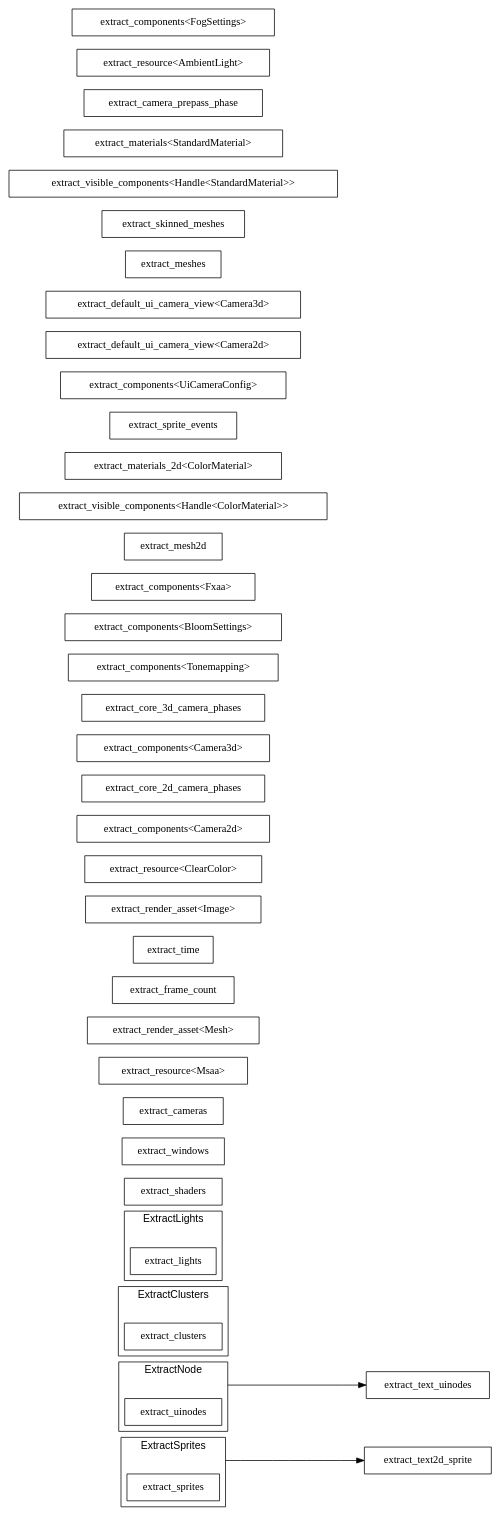
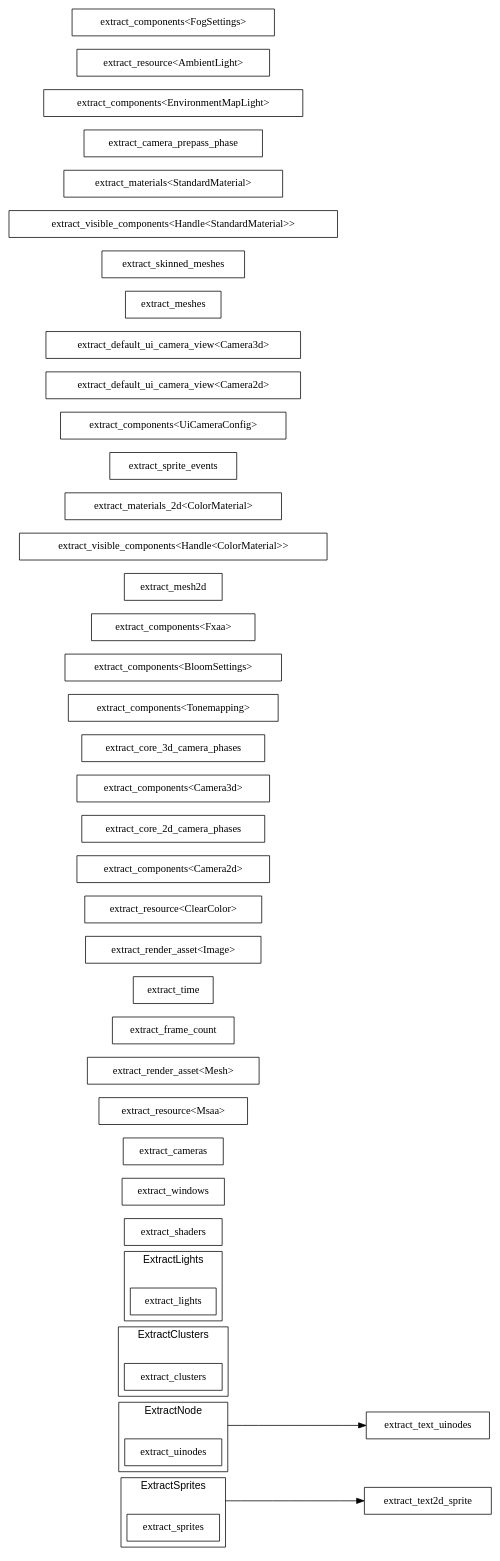
Before and after one commit to jakobhellermann/bevy_mod_debugdump: the diagram in docs/light/render_schedule_ExtractSchedule.dot, drawn with Graphviz. The commit also changed 59 other files, not shown here.

```diff
--- a/docs/light/render_schedule_ExtractSchedule.dot
+++ b/docs/light/render_schedule_ExtractSchedule.dot
@@ -1,71 +1,72 @@
 digraph "schedule" {
 	"compound"="true";
 	"splines"="spline";
 	"rankdir"="LR";
 	"bgcolor"="white";
 	"fontname"="Helvetica";
 	node ["shape"="box", "style"="filled", "fillcolor"="white", "color"="black"];
 	edge ["color"="black"];
 	subgraph "clusternode_Set(20)" {
 		"label"="ExtractSprites";
 		"bgcolor"="white";
 		"set_marker_node_Set(20)" ["style"="invis", "label"="", "height"="0", "shape"="point"]
 		"node_System(19)" ["label"="extract_sprites"]
 	}
 	
 	subgraph "clusternode_Set(27)" {
 		"label"="ExtractNode";
 		"bgcolor"="white";
 		"set_marker_node_Set(27)" ["style"="invis", "label"="", "height"="0", "shape"="point"]
 		"node_System(25)" ["label"="extract_uinodes"]
 	}
 	
-	subgraph "clusternode_Set(37)" {
+	subgraph "clusternode_Set(38)" {
 		"label"="ExtractClusters";
 		"bgcolor"="white";
-		"set_marker_node_Set(37)" ["style"="invis", "label"="", "height"="0", "shape"="point"]
-		"node_System(34)" ["label"="extract_clusters"]
+		"set_marker_node_Set(38)" ["style"="invis", "label"="", "height"="0", "shape"="point"]
+		"node_System(35)" ["label"="extract_clusters"]
 	}
 	
-	subgraph "clusternode_Set(39)" {
+	subgraph "clusternode_Set(40)" {
 		"label"="ExtractLights";
 		"bgcolor"="white";
-		"set_marker_node_Set(39)" ["style"="invis", "label"="", "height"="0", "shape"="point"]
-		"node_System(35)" ["label"="extract_lights"]
+		"set_marker_node_Set(40)" ["style"="invis", "label"="", "height"="0", "shape"="point"]
+		"node_System(36)" ["label"="extract_lights"]
 	}
 	
 	"node_System(0)" ["label"="extract_shaders"]
 	"node_System(1)" ["label"="extract_windows"]
 	"node_System(2)" ["label"="extract_cameras"]
 	"node_System(3)" ["label"="extract_resource<Msaa>"]
 	"node_System(4)" ["label"="extract_render_asset<Mesh>"]
 	"node_System(5)" ["label"="extract_frame_count"]
 	"node_System(6)" ["label"="extract_time"]
 	"node_System(7)" ["label"="extract_render_asset<Image>"]
 	"node_System(8)" ["label"="extract_resource<ClearColor>"]
 	"node_System(9)" ["label"="extract_components<Camera2d>"]
 	"node_System(10)" ["label"="extract_core_2d_camera_phases"]
 	"node_System(11)" ["label"="extract_components<Camera3d>"]
 	"node_System(12)" ["label"="extract_core_3d_camera_phases"]
 	"node_System(13)" ["label"="extract_components<Tonemapping>"]
 	"node_System(14)" ["label"="extract_components<BloomSettings>"]
 	"node_System(15)" ["label"="extract_components<Fxaa>"]
 	"node_System(16)" ["label"="extract_mesh2d"]
 	"node_System(17)" ["label"="extract_visible_components<Handle<ColorMaterial>>"]
 	"node_System(18)" ["label"="extract_materials_2d<ColorMaterial>"]
 	"node_System(20)" ["label"="extract_sprite_events"]
 	"node_System(21)" ["label"="extract_text2d_sprite"]
 	"node_System(22)" ["label"="extract_components<UiCameraConfig>"]
 	"node_System(23)" ["label"="extract_default_ui_camera_view<Camera2d>"]
 	"node_System(24)" ["label"="extract_default_ui_camera_view<Camera3d>"]
 	"node_System(26)" ["label"="extract_text_uinodes"]
 	"node_System(27)" ["label"="extract_meshes"]
 	"node_System(28)" ["label"="extract_skinned_meshes"]
 	"node_System(29)" ["label"="extract_visible_components<Handle<StandardMaterial>>"]
 	"node_System(30)" ["label"="extract_materials<StandardMaterial>"]
 	"node_System(31)" ["label"="extract_camera_prepass_phase"]
-	"node_System(32)" ["label"="extract_resource<AmbientLight>"]
-	"node_System(33)" ["label"="extract_components<FogSettings>"]
+	"node_System(32)" ["label"="extract_components<EnvironmentMapLight>"]
+	"node_System(33)" ["label"="extract_resource<AmbientLight>"]
+	"node_System(34)" ["label"="extract_components<FogSettings>"]
 	"set_marker_node_Set(20)" -> "node_System(21)" ["lhead"="", "ltail"="clusternode_Set(20)"]
 	"set_marker_node_Set(27)" -> "node_System(26)" ["lhead"="", "ltail"="clusternode_Set(27)"]
 }
```
